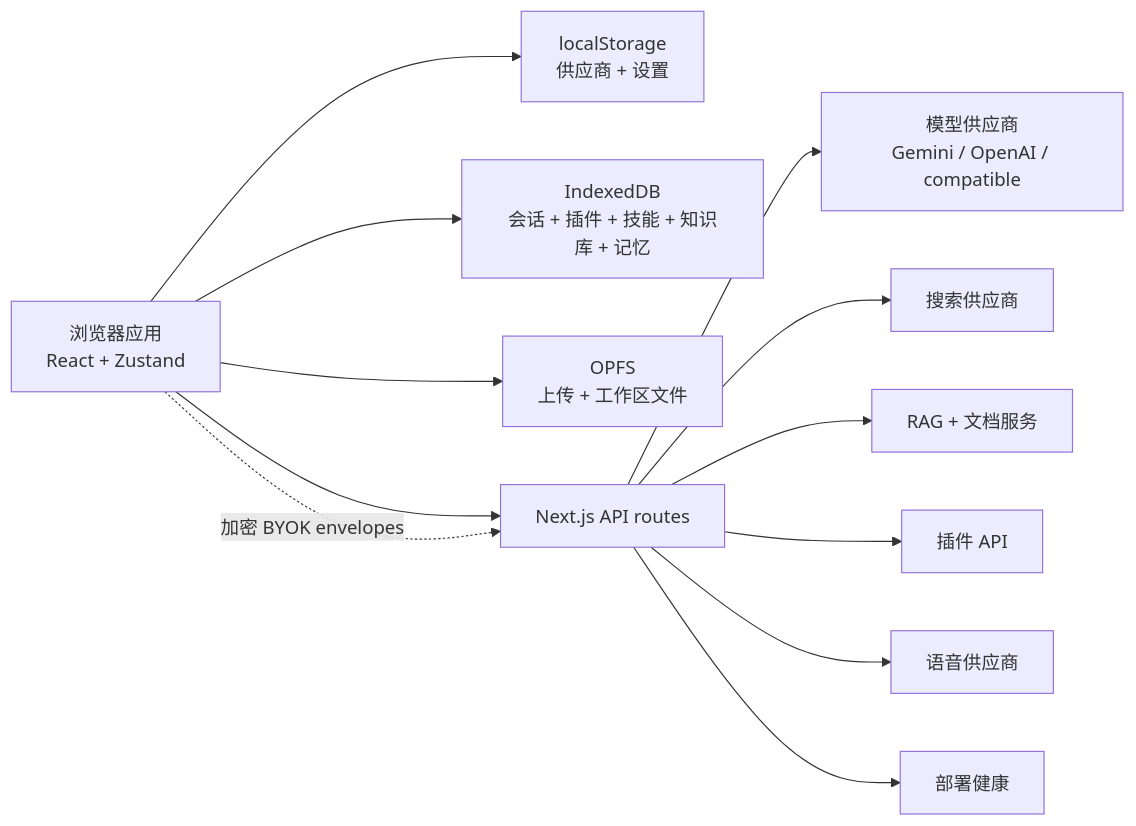
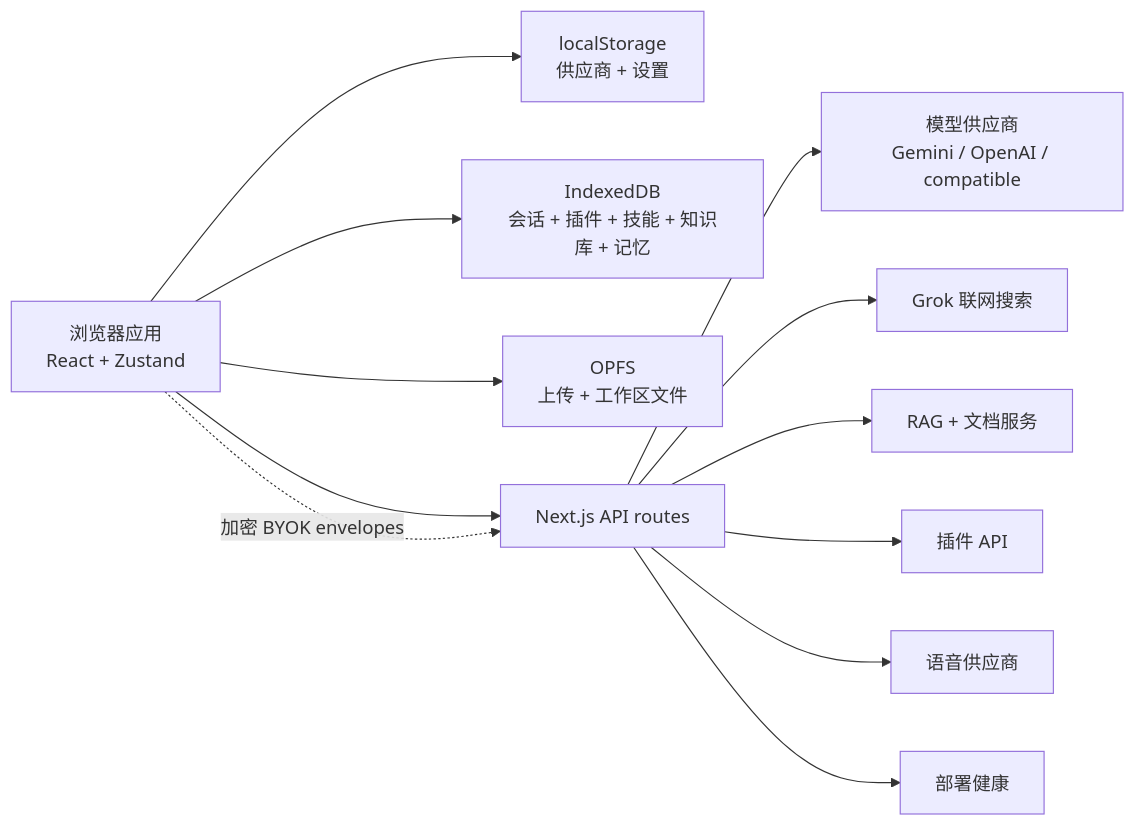
One commit to woqunid/neo-chat changed the diagram in README.zh-CN.md. Above: the diagram before and after it, drawn with Mermaid. The commit also changed other lines of this file and 133 other files, not shown here.

````diff
--- a/README.zh-CN.md
+++ b/README.zh-CN.md
@@ -315,14 +314,14 @@
 ```mermaid
 flowchart LR
   Browser["浏览器应用\nReact + Zustand"] --> LocalStorage["localStorage\n供应商 + 设置"]
   Browser --> IndexedDB["IndexedDB\n会话 + 插件 + 技能 + 知识库 + 记忆"]
   Browser --> OPFS["OPFS\n上传 + 工作区文件"]
   Browser --> ApiRoutes["Next.js API routes"]
   ApiRoutes --> Providers["模型供应商\nGemini / OpenAI / compatible"]
-  ApiRoutes --> Search["搜索供应商"]
+  ApiRoutes --> Search["Grok 联网搜索"]
   ApiRoutes --> Rag["RAG + 文档服务"]
   ApiRoutes --> Plugins["插件 API"]
   ApiRoutes --> Voice["语音供应商"]
   ApiRoutes --> Health["部署健康"]
   Browser -. "加密 BYOK envelopes" .-> ApiRoutes
 ```
````
